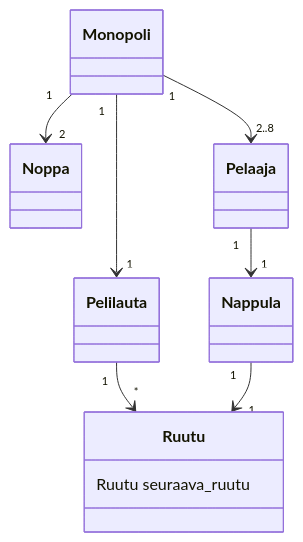
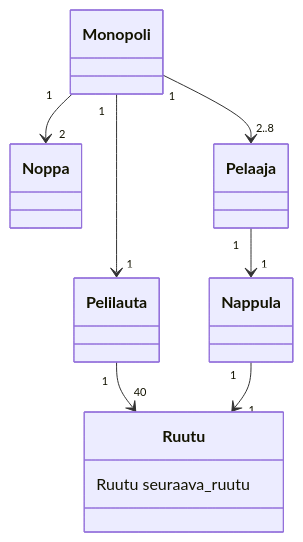
One commit to jannelem/ot-harjoitustyo-jannelem changed the diagram in laskarit/viikko3/tehtava1.md. Above: the diagram before and after it, drawn with Mermaid.

````diff
--- a/laskarit/viikko3/tehtava1.md
+++ b/laskarit/viikko3/tehtava1.md
@@ -3,14 +3,14 @@
 ```mermaid
 	classDiagram
 		Monopoli "1" --> "1" Pelilauta
 		Monopoli "1" --> "2" Noppa
 		Monopoli "1" --> "2..8" Pelaaja
 		Pelaaja "1" --> "1" Nappula
-		Pelilauta "1" --> "*" Ruutu
+		Pelilauta "1" --> "40" Ruutu
 		Nappula "1" --> "1" Ruutu
 		
 		class Ruutu {
 			Ruutu seuraava_ruutu
 		}
 		
 ```
````
